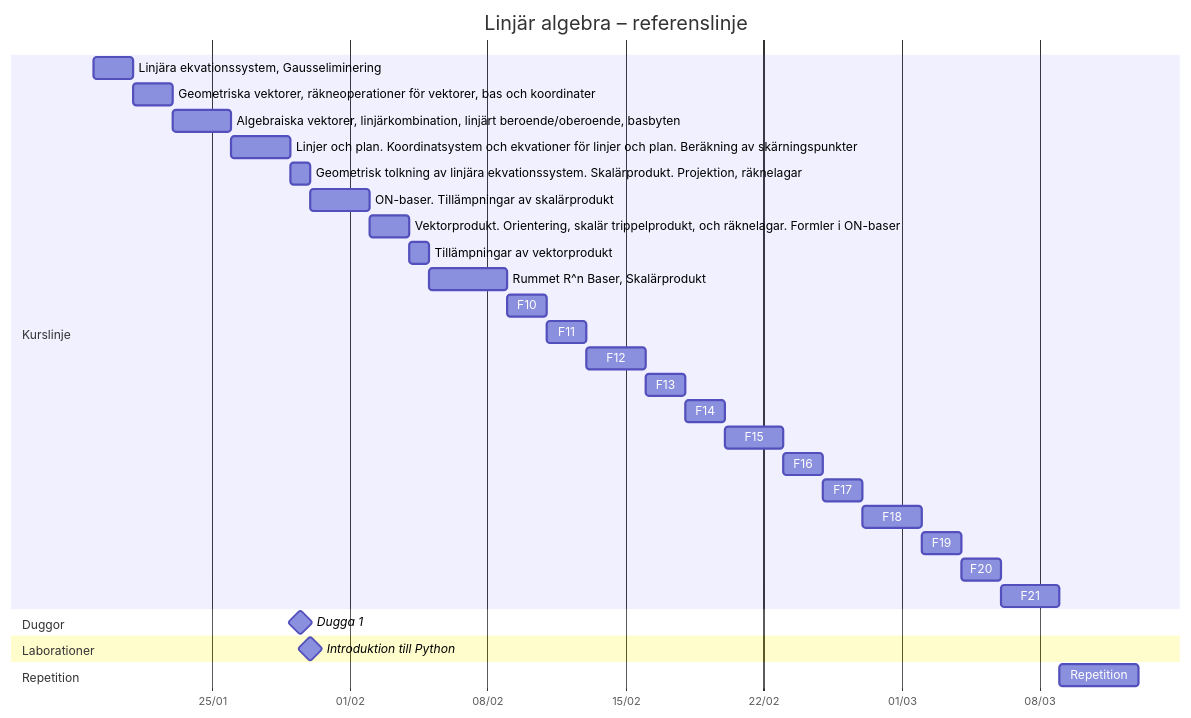
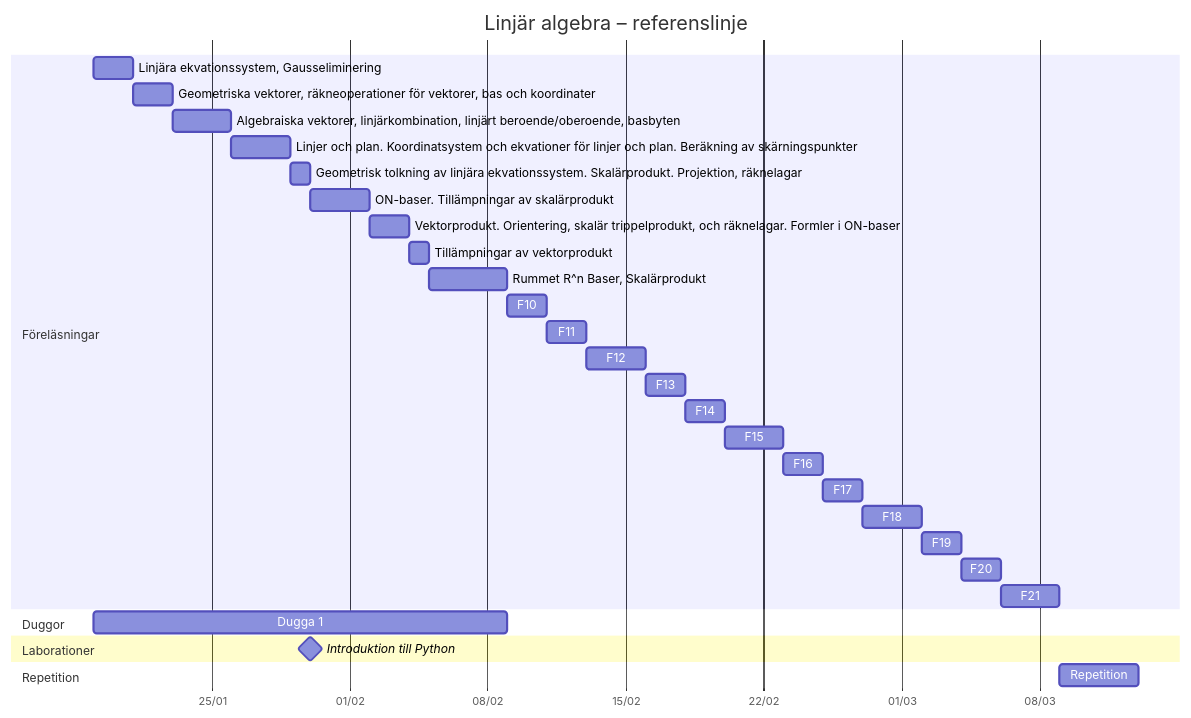
One commit to Scoutboy06/obsidian-vaults changed the diagram in Skola/Linjär Algebra/Kursöversikt.md. Above: the diagram before and after it, drawn with Mermaid.

Commit message:
vault backup: 2026-01-21 20:24:21

````diff
--- a/Skola/Linjär Algebra/Kursöversikt.md
+++ b/Skola/Linjär Algebra/Kursöversikt.md
@@ -2,38 +2,38 @@
 ```mermaid
 gantt
     dateFormat  YYYY-MM-DD
     title Linjär algebra – referenslinje
     axisFormat  %d/%m
 
-    section Kurslinje
+    section Föreläsningar
     Linjära ekvationssystem, Gausseliminering: f1, 2026-01-19, 2026-01-21
     Geometriska vektorer, räkneoperationer för vektorer, bas och koordinater: f2, 2026-01-21, 2026-01-23
     Algebraiska vektorer, linjärkombination, linjärt beroende/oberoende, basbyten: f3, 2026-01-23, 2026-01-26
     Linjer och plan. Koordinatsystem och ekvationer för linjer och plan. Beräkning av skärningspunkter: f4, 2026-01-26, 2026-01-29
     Geometrisk tolkning av linjära ekvationssystem. Skalärprodukt. Projektion, räknelagar: f5, 2026-01-29, 2026-01-30
     ON-baser. Tillämpningar av skalärprodukt: f6, 2026-01-30, 2026-02-02
     Vektorprodukt. Orientering, skalär trippelprodukt, och räknelagar. Formler i ON-baser: f7, 2026-02-02, 2026-02-04
     Tillämpningar av vektorprodukt: f8, 2026-02-04, 2026-02-05
     Rummet R^n Baser, Skalärprodukt: f9, 2026-02-05, 2026-02-09
     F10: f10, 2026-02-09, 2026-02-11
     F11: f11, 2026-02-11, 2026-02-13
     F12: f12, 2026-02-13, 2026-02-16
     F13: f13, 2026-02-16, 2026-02-18
     F14: f14, 2026-02-18, 2026-02-20
     F15: f15, 2026-02-20, 2026-02-23
     F16: f16, 2026-02-23, 2026-02-25
     F17: f17, 2026-02-25, 2026-02-27
     F18: f18, 2026-02-27, 2026-03-02
     F19: f19, 2026-03-02, 2026-03-04
     F20: f20, 2026-03-04, 2026-03-06
     F21: f21, 2026-03-06, 2026-03-09
 
     section Duggor
-    Dugga 1 :milestone, d1, 2026-01-19, 2026-02-09
+    Dugga 1 : d1, 2026-01-19, 2026-02-09
 
     section Laborationer
     Introduktion till Python :milestone, l1, 2026-01-30, 2026-01-30
 
     section Repetition
     Repetition: r1, 2026-03-09, 2026-03-13
 ```
````
